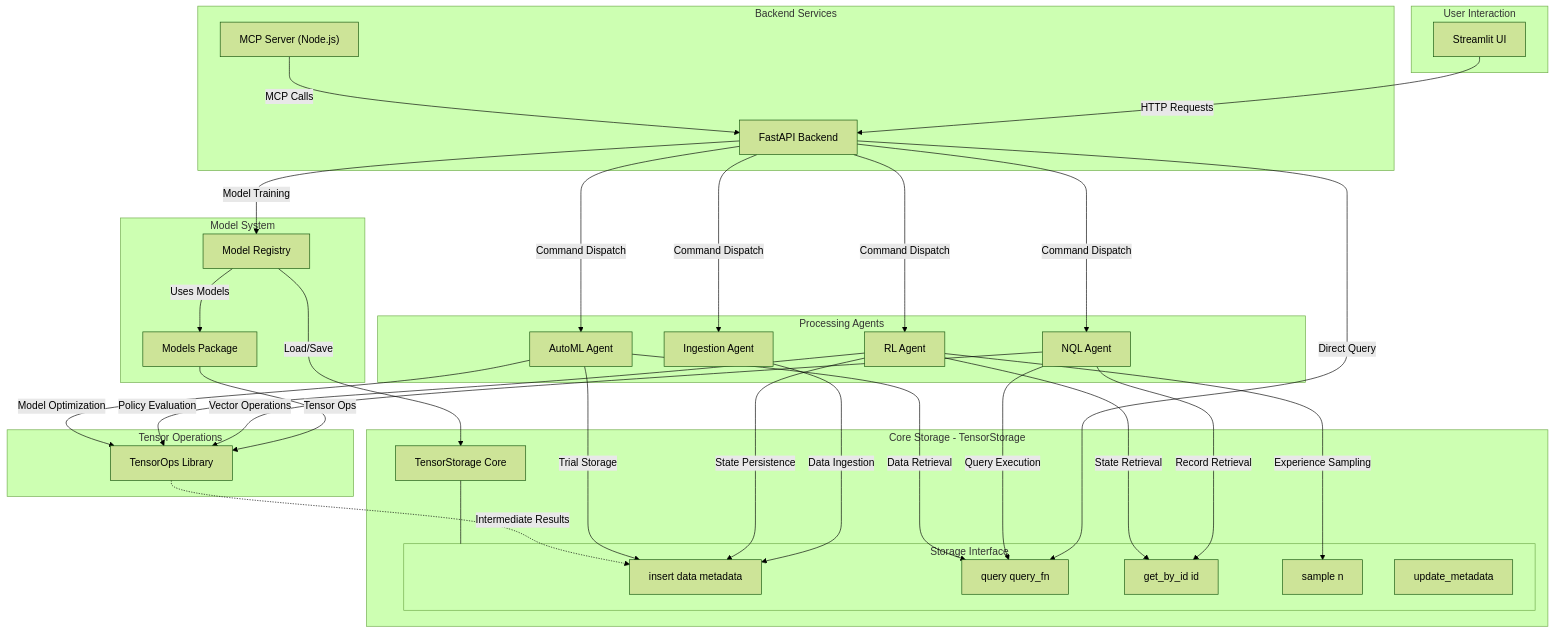
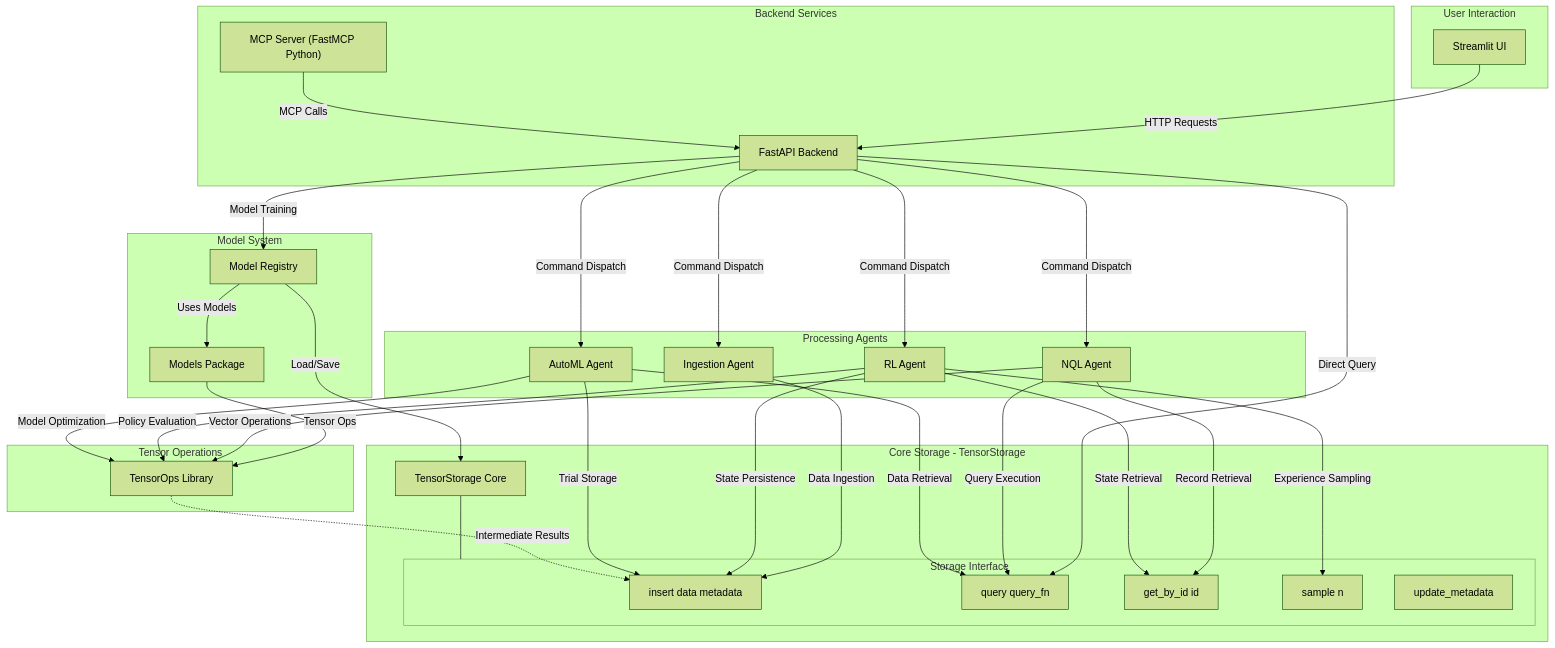
The diagram in README.md (tensorus/tensorus), drawn with Mermaid (forest theme) before and after one commit. The commit also changed other lines of this file and 12 other files, not shown here.

Commit message:
Remove Node.js MCP server

```diff
--- a/README.md
+++ b/README.md
@@ -67,7 +65,7 @@
     %% API Gateway Layer
     subgraph API_Layer ["Backend Services"]
         API[FastAPI Backend]
-        MCP["MCP Server (Node.js)"]
+        MCP["MCP Server (FastMCP Python)"]
     end
 
     %% Core Storage with Method Interface
```
